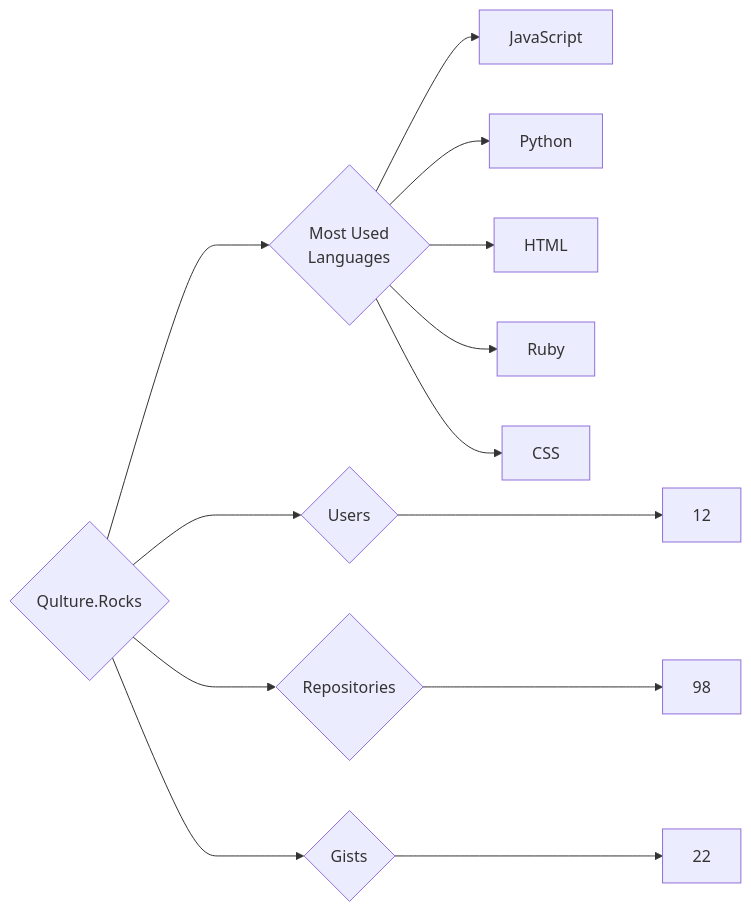
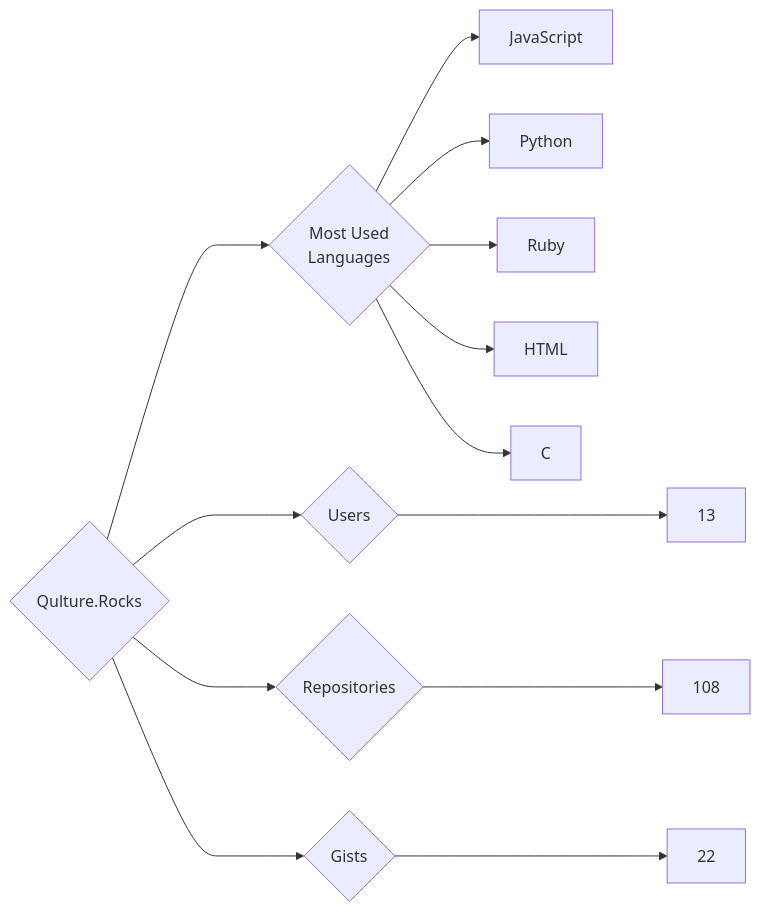
Before and after one commit to trickest/insiders: the diagram in targets/Qulture.Rocks/README.md, drawn with Mermaid. The commit also changed 681 other files, not shown here.

````diff
--- a/targets/Qulture.Rocks/README.md
+++ b/targets/Qulture.Rocks/README.md
@@ -3,13 +3,13 @@
 ```mermaid
 graph LR
 COMPANY_NAME{Qulture.Rocks}
-COMPANY_NAME ---> U{Users} ---> UN[12]
-COMPANY_NAME ---> R{Repositories} ---> RN[98]
+COMPANY_NAME ---> U{Users} ---> UN[13]
+COMPANY_NAME ---> R{Repositories} ---> RN[108]
 COMPANY_NAME ---> G{Gists} ---> GN[22]
 COMPANY_NAME ---> ML{Most Used<br>Languages}
 ML --> JavaScript[JavaScript]
 ML --> Python[Python]
+ML --> Ruby[Ruby]
 ML --> HTML[HTML]
-ML --> Ruby[Ruby]
-ML --> CSS[CSS]
+ML --> C[C]
 ```
````
